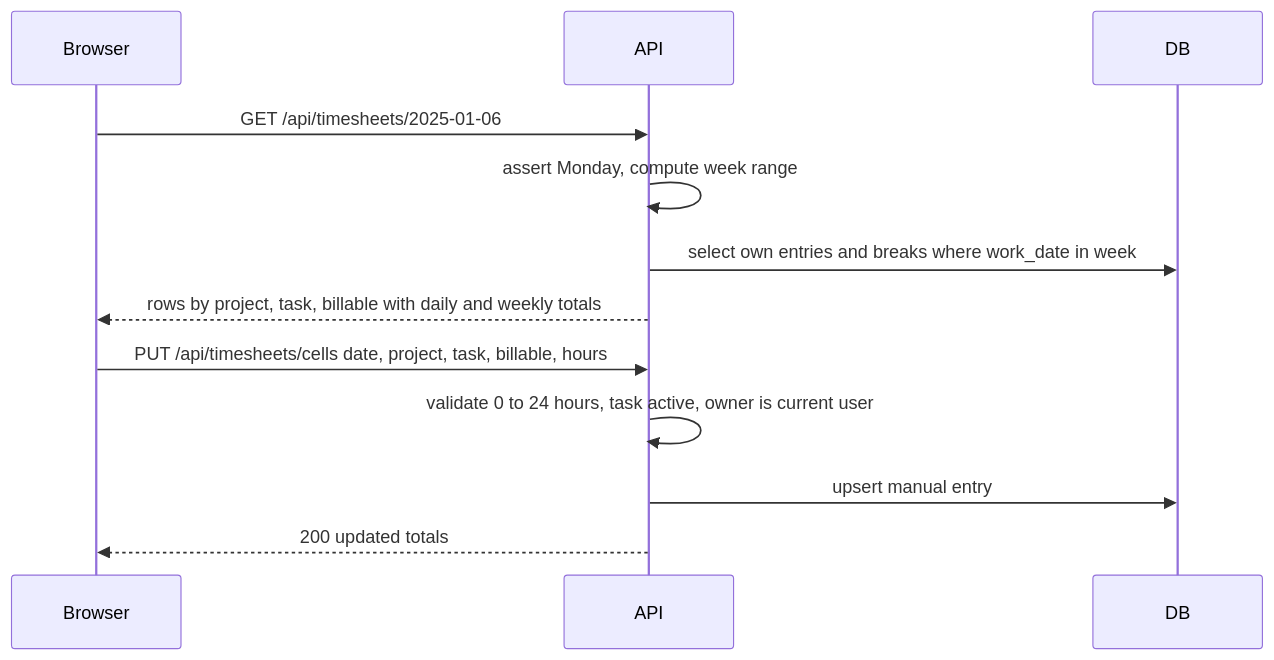
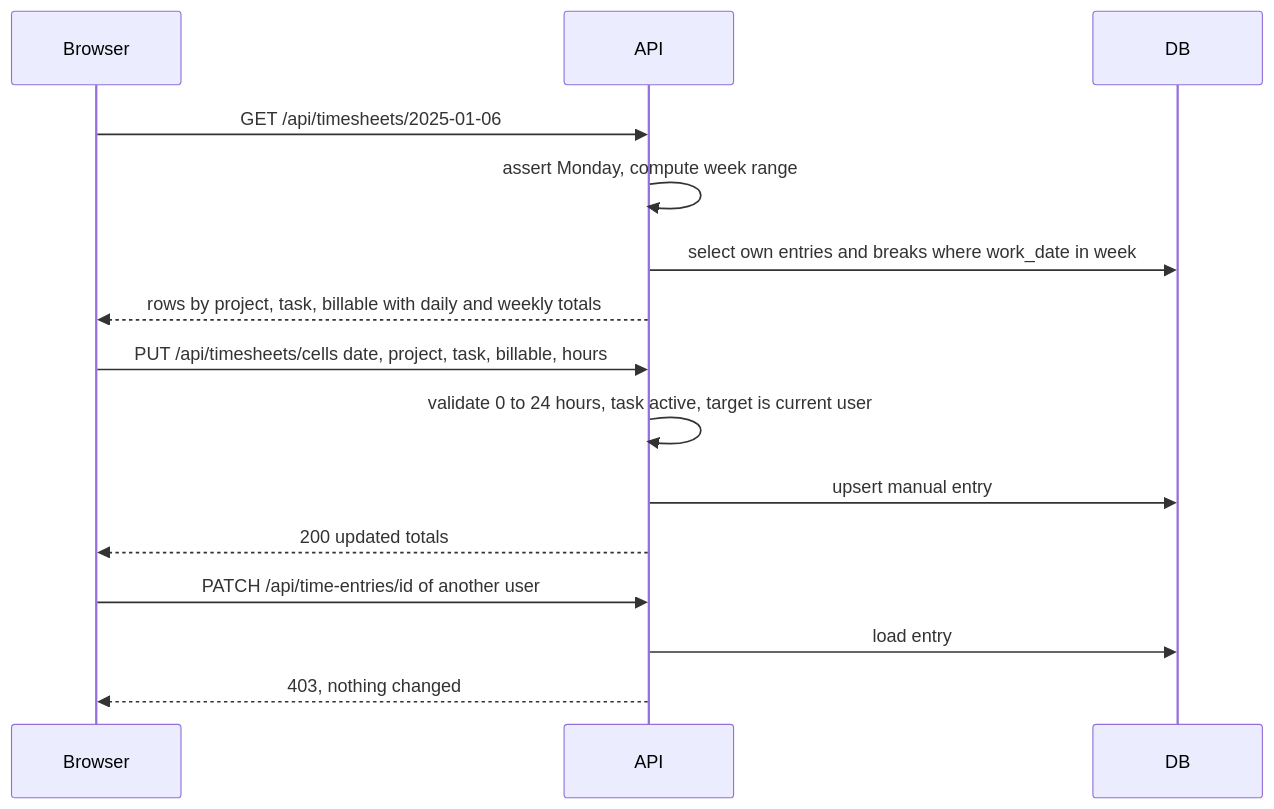
Before and after one commit to pavands20/timetrack-pro-v1: the fifth of 7 diagrams in docs/sdlc/architecture/README.md, drawn with Mermaid. The commit also changed other lines of this file and 12 other files, not shown here.

````diff
--- a/docs/sdlc/architecture/README.md
+++ b/docs/sdlc/architecture/README.md
@@ -567,14 +711,17 @@
 ```mermaid
 sequenceDiagram
   participant U as Browser
   participant A as API
   participant D as DB
   U->>A: GET /api/timesheets/2025-01-06
   A->>A: assert Monday, compute week range
   A->>D: select own entries and breaks where work_date in week
   A-->>U: rows by project, task, billable with daily and weekly totals
   U->>A: PUT /api/timesheets/cells date, project, task, billable, hours
-  A->>A: validate 0 to 24 hours, task active, owner is current user
+  A->>A: validate 0 to 24 hours, task active, target is current user
   A->>D: upsert manual entry
   A-->>U: 200 updated totals
+  U->>A: PATCH /api/time-entries/id of another user
+  A->>D: load entry
+  A-->>U: 403, nothing changed
 ```
````
